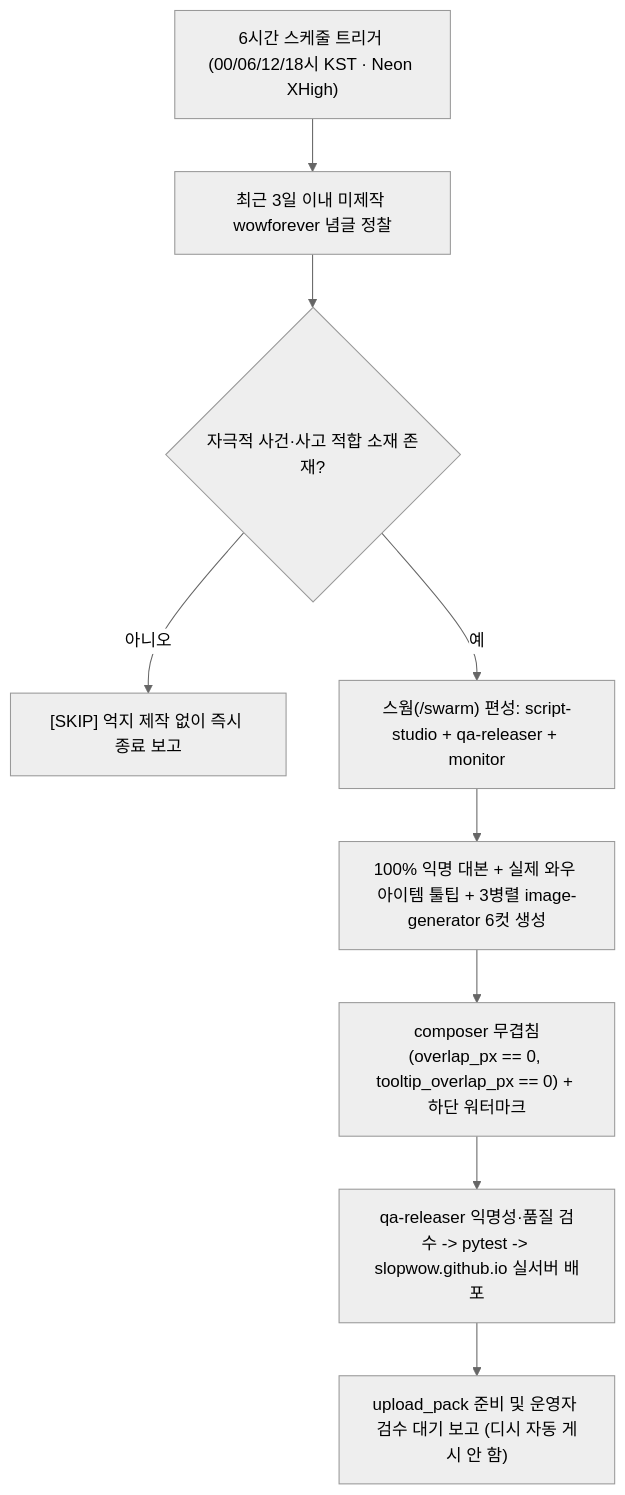
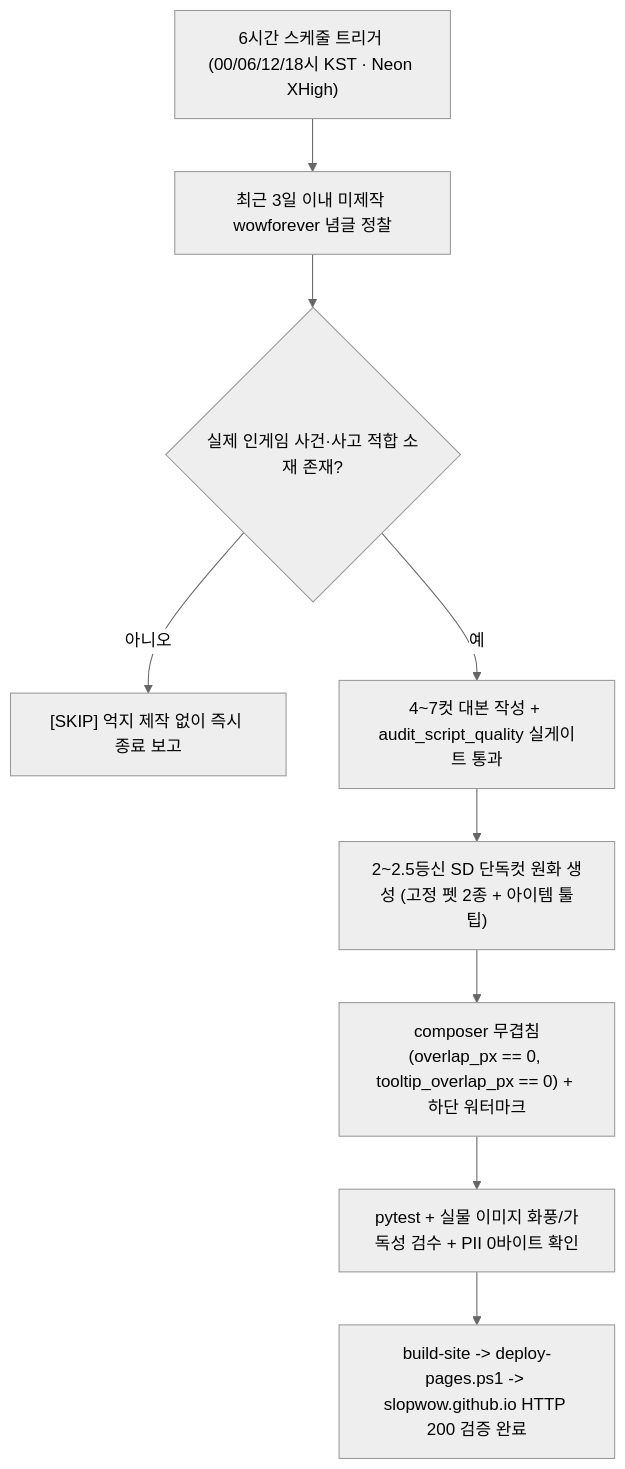
Before and after one commit to slopwow/slopwow.github.io: the diagram in AUTOMATION.md, drawn with Mermaid (neutral theme). The commit also changed other lines of this file and 535 other files, not shown here.

````diff
--- a/AUTOMATION.md
+++ b/AUTOMATION.md
@@ -49,11 +53,11 @@
 ```mermaid
 flowchart TD
     A["6시간 스케줄 트리거 (00/06/12/18시 KST · Neon XHigh)"] --> B["최근 3일 이내 미제작 wowforever 념글 정찰"]
-    B --> C{"자극적 사건·사고 적합 소재 존재?"}
+    B --> C{"실제 인게임 사건·사고 적합 소재 존재?"}
     C -- "아니오" --> S["[SKIP] 억지 제작 없이 즉시 종료 보고"]
-    C -- "예" --> D["스웜(/swarm) 편성: script-studio + qa-releaser + monitor"]
-    D --> E["100% 익명 대본 + 실제 와우 아이템 툴팁 + 3병렬 image-generator 6컷 생성"]
+    C -- "예" --> D["4~7컷 대본 작성 + audit_script_quality 실게이트 통과"]
+    D --> E["2~2.5등신 SD 단독컷 원화 생성 (고정 펫 2종 + 아이템 툴팁)"]
     E --> F["composer 무겹침(overlap_px == 0, tooltip_overlap_px == 0) + 하단 워터마크"]
-    F --> G["qa-releaser 익명성·품질 검수 -> pytest -> slopwow.github.io 실서버 배포"]
-    G --> H["upload_pack 준비 및 운영자 검수 대기 보고 (디시 자동 게시 안 함)"]
+    F --> G["pytest + 실물 이미지 화풍/가독성 검수 + PII 0바이트 확인"]
+    G --> H["build-site -> deploy-pages.ps1 -> slopwow.github.io HTTP 200 검증 완료"]
 ```
````
